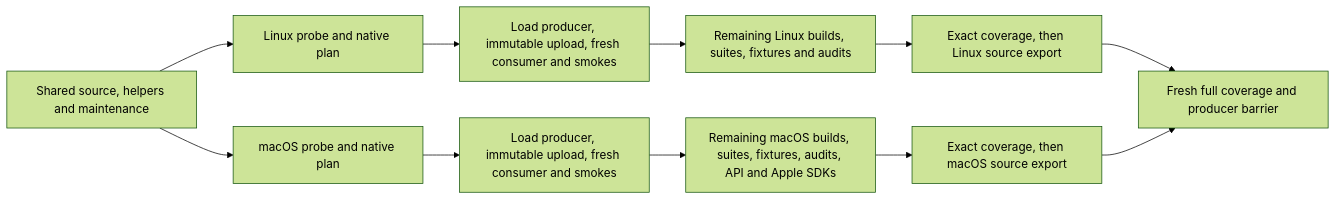
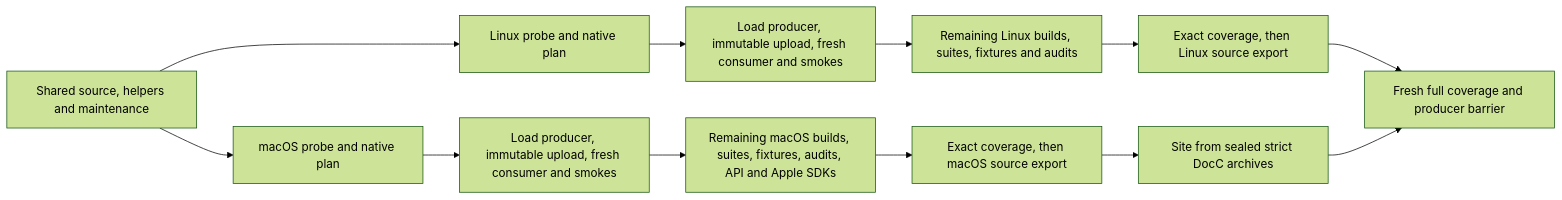
Before and after one commit to Aurum-Studios/DiscordKit: the diagram in Docs/CI.md, drawn with Mermaid (forest theme). The commit also changed other lines of this file and 82 other files, not shown here.

````diff
--- a/Docs/CI.md
+++ b/Docs/CI.md
@@ -53,13 +53,14 @@
 ```mermaid
 flowchart LR
     H[Shared source, helpers and maintenance] --> L[Linux probe and native plan]
     H --> M[macOS probe and native plan]
     L --> LC[Load producer, immutable upload, fresh consumer and smokes]
     M --> MC[Load producer, immutable upload, fresh consumer and smokes]
     LC --> LB[Remaining Linux builds, suites, fixtures and audits]
     MC --> MB[Remaining macOS builds, suites, fixtures, audits, API and Apple SDKs]
     LB --> LP[Exact coverage, then Linux source export]
     MB --> MP[Exact coverage, then macOS source export]
     LP --> C[Fresh full coverage and producer barrier]
-    MP --> C
+    MP --> DS[Site from sealed strict DocC archives]
+    DS --> C
 ```
````
